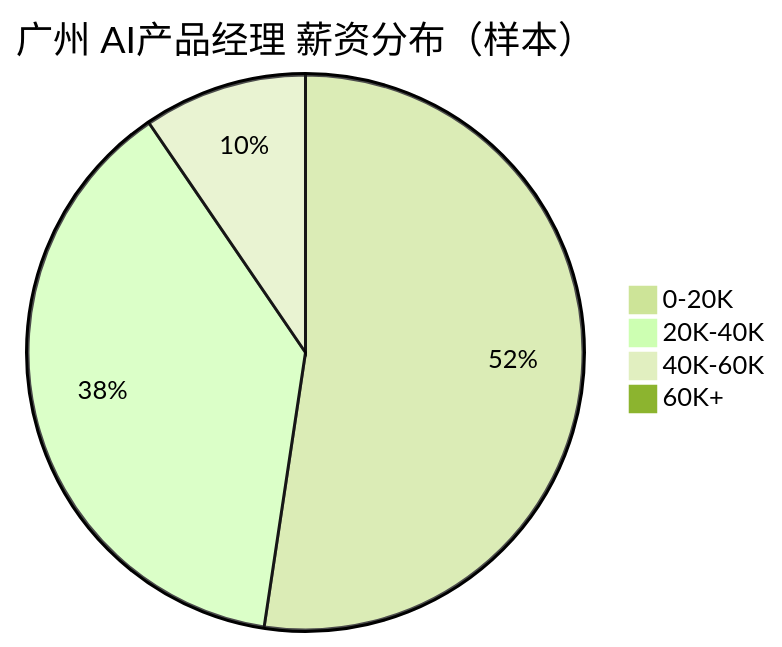
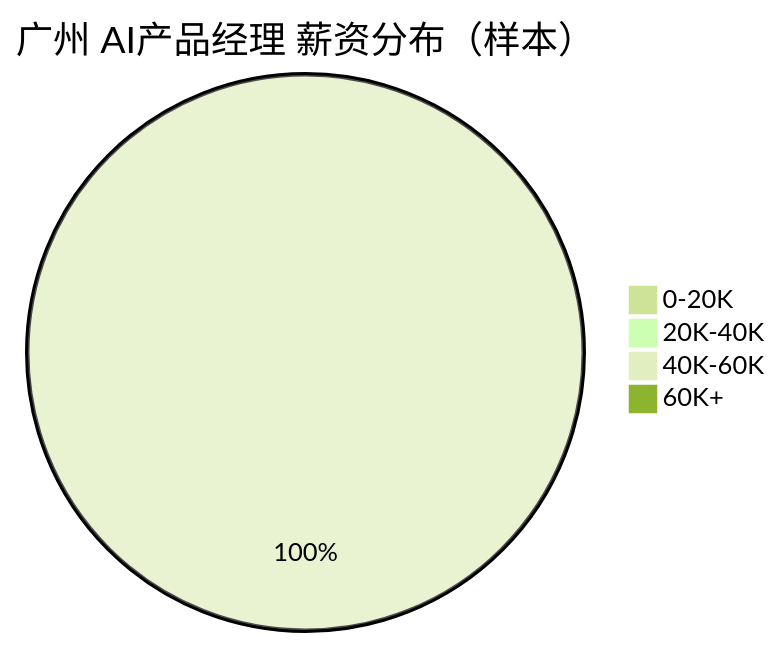
One commit to JohnsRun/ai-job-radar changed the second of 2 diagrams in 04AI_Job_Report/Report_20260322.md. Above: the diagram before and after it, drawn with Mermaid (forest theme). The commit also changed other lines of this file and 28 other files, not shown here.

````diff
--- a/04AI_Job_Report/Report_20260322.md
+++ b/04AI_Job_Report/Report_20260322.md
@@ -20,7 +33,7 @@
 ```mermaid
 pie title 广州 AI产品经理 薪资分布（样本）
-  "0-20K" : 22
-  "20K-40K" : 16
-  "40K-60K" : 4
+  "0-20K" : 0
+  "20K-40K" : 0
+  "40K-60K" : 1
   "60K+" : 0
 ```
````
